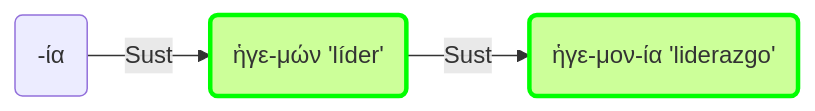
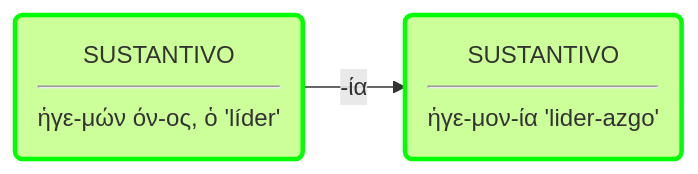
One commit to pajaro1966/Asignaturas changed the second of 4 diagrams in docs/Proyecto_Innova_2025_2026/notas/Suf_ia.md. Above: the diagram before and after it, drawn with Mermaid. The commit also changed other lines of this file and 4 other files, not shown here.

````diff
--- a/docs/Proyecto_Innova_2025_2026/notas/Suf_ia.md
+++ b/docs/Proyecto_Innova_2025_2026/notas/Suf_ia.md
@@ -100,36 +48,34 @@
 ```mermaid
 graph LR
 
-Suf("-ία")
-
-Suf --"Sust"-->Sust3("ἡγε-μών 'líder'")--"Sust"-->Sust3b("ἡγε-μον-ία 'liderazgo'")
+Sust3("SUSTANTIVO<hr>ἡγε-μών όν-ος, ὁ 'líder'")-->|"-ία"|Sust3b("SUSTANTIVO<hr>ἡγε-μον-ία 'lider-azgo'")
 
 Sust3:::Sust
 Sust3b:::Sust
 
 classDef Verb stroke:#f00, stroke-width:3px
 classDef Sust stroke:#0f0, stroke-width:3px
 classDef Adj stroke:#00f, stroke-width:3px
 classDef Adv stroke:brown, stroke-width:3px
 classDef Nada stroke:#000000, stroke-width:2px
 classDef Raíz stroke:#000000, stroke-width:3px
 
 classDef Prep stroke:black, stroke-width:3px
 
 classDef Prep stroke:yellow, stroke-width:3px
 classDef SP stroke:yellow, stroke-width:3px
 
 classDef Inf stroke-width:1px, stroke-dasharray: 10, 5
 classDef Verb fill:#ffCCCC
 classDef Sust fill:#CCff99
 classDef Adj fill:#66FFFF
 classDef Adv fill:Bisque
 classDef Nada fill:#ffffff
 classDef Raíz fill:#ffffff
 
 classDef Pref fill:LightGray
 
 classDef Prep fill:LemonChiffon
 classDef SP fill:#CCff99
 
 ```
````
